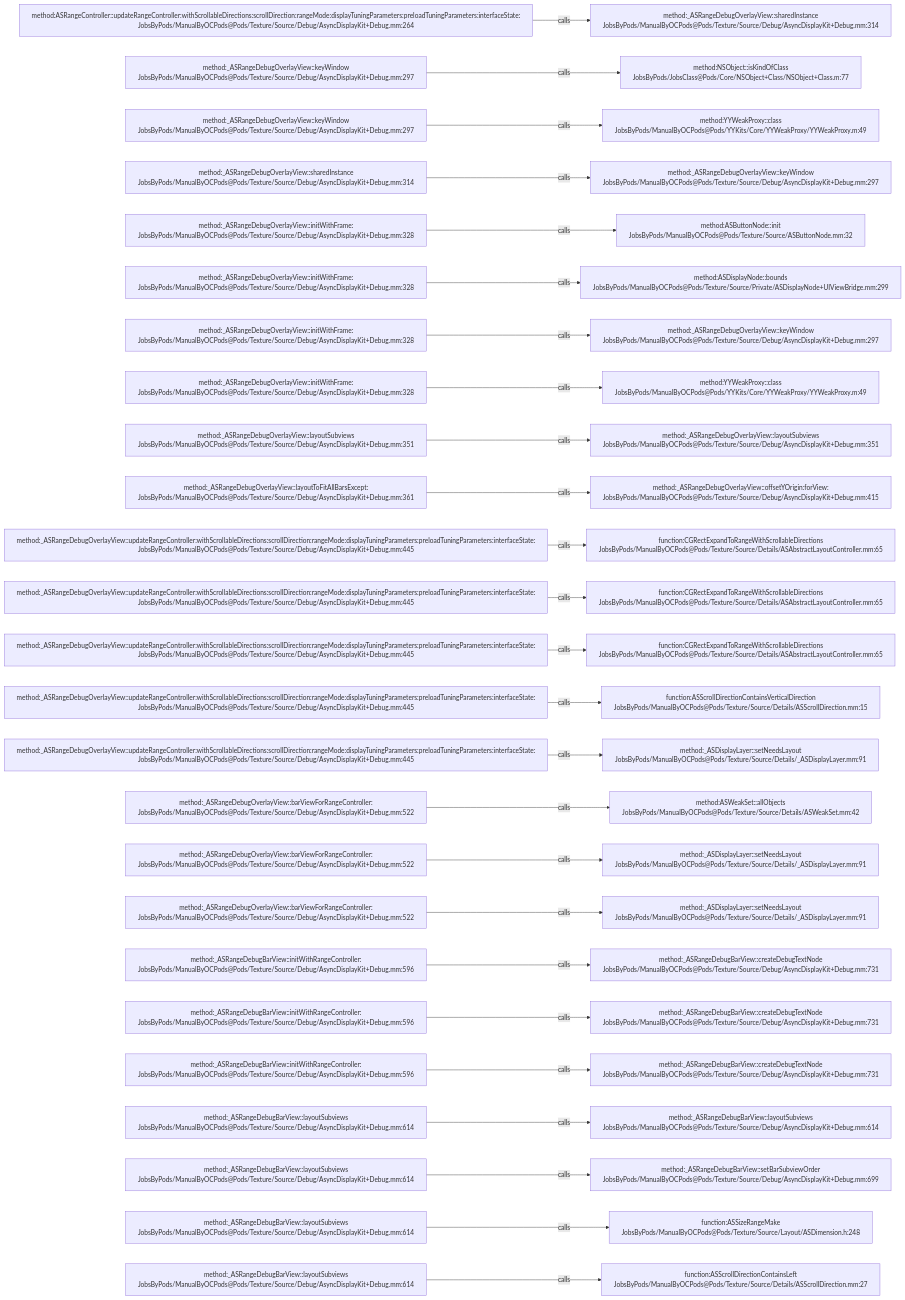
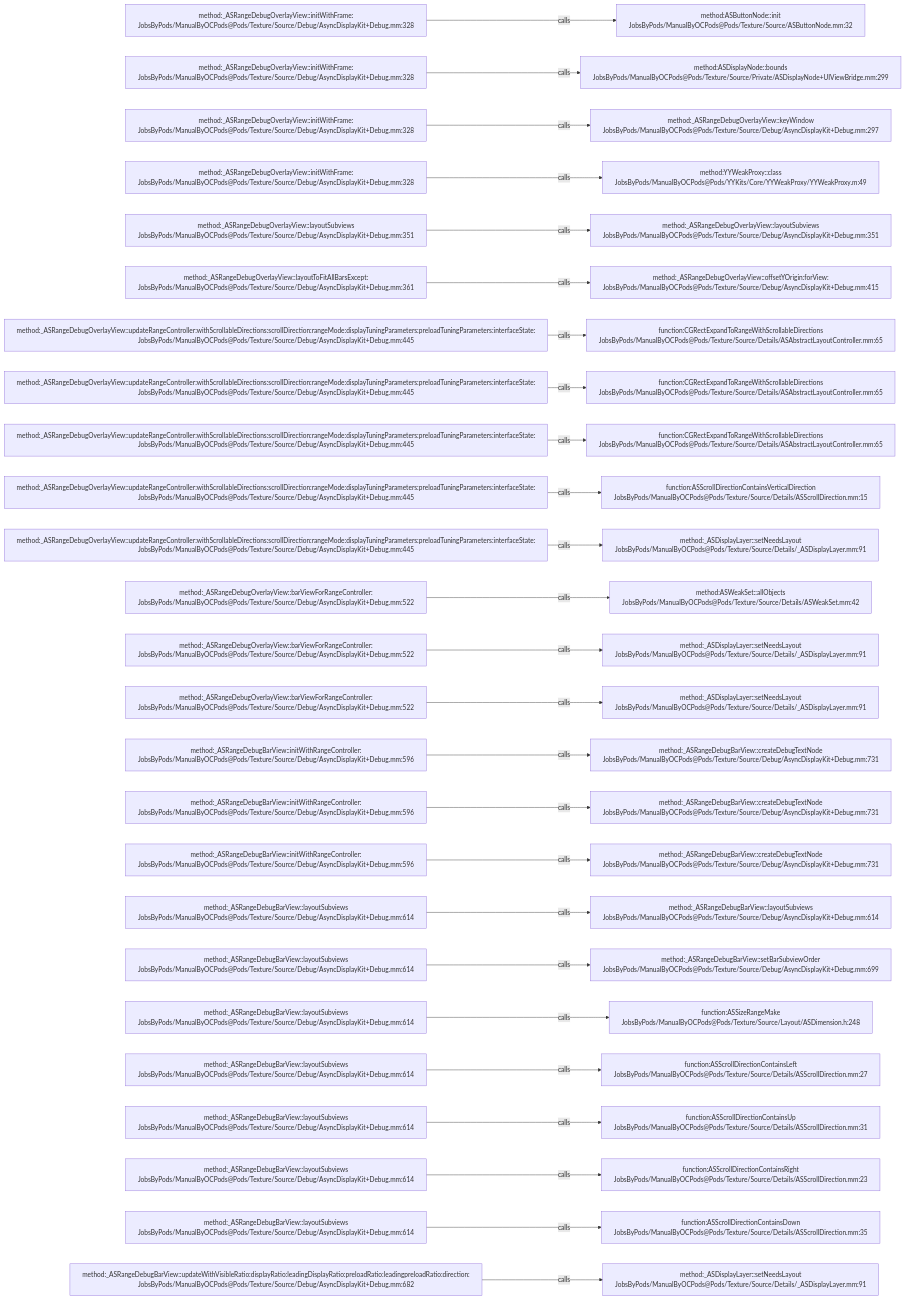
The diagram in .codegraph/codegraph.md/graphs/calls-147.md (JobsKits/JobsOCBaseConfigDemo), drawn with Mermaid before and after one commit. The commit also changed 727 other files, not shown here.

````diff
--- a/.codegraph/codegraph.md/graphs/calls-147.md
+++ b/.codegraph/codegraph.md/graphs/calls-147.md
@@ -13,78 +13,78 @@
 ```mermaid
 flowchart LR
-  S1["method:ASRangeController::updateRangeController:withScrollableDirections:scrollDirection:rangeMode:displayTuningParameters:preloadTuningParameters:interfaceState:<br/>JobsByPods/ManualByOCPods@Pods/Texture/Source/Debug/AsyncDisplayKit+Debug.mm:264"]
-  T1["method:_ASRangeDebugOverlayView::sharedInstance<br/>JobsByPods/ManualByOCPods@Pods/Texture/Source/Debug/AsyncDisplayKit+Debug.mm:314"]
+  S1["method:_ASRangeDebugOverlayView::initWithFrame:<br/>JobsByPods/ManualByOCPods@Pods/Texture/Source/Debug/AsyncDisplayKit+Debug.mm:328"]
+  T1["method:ASButtonNode::init<br/>JobsByPods/ManualByOCPods@Pods/Texture/Source/ASButtonNode.mm:32"]
   S1 -->|calls| T1
-  S2["method:_ASRangeDebugOverlayView::keyWindow<br/>JobsByPods/ManualByOCPods@Pods/Texture/Source/Debug/AsyncDisplayKit+Debug.mm:297"]
-  T2["method:NSObject::isKindOfClass<br/>JobsByPods/JobsClass@Pods/Core/NSObject+Class/NSObject+Class.m:77"]
+  S2["method:_ASRangeDebugOverlayView::initWithFrame:<br/>JobsByPods/ManualByOCPods@Pods/Texture/Source/Debug/AsyncDisplayKit+Debug.mm:328"]
+  T2["method:ASDisplayNode::bounds<br/>JobsByPods/ManualByOCPods@Pods/Texture/Source/Private/ASDisplayNode+UIViewBridge.mm:299"]
   S2 -->|calls| T2
-  S3["method:_ASRangeDebugOverlayView::keyWindow<br/>JobsByPods/ManualByOCPods@Pods/Texture/Source/Debug/AsyncDisplayKit+Debug.mm:297"]
-  T3["method:YYWeakProxy::class<br/>JobsByPods/ManualByOCPods@Pods/YYKits/Core/YYWeakProxy/YYWeakProxy.m:49"]
+  S3["method:_ASRangeDebugOverlayView::initWithFrame:<br/>JobsByPods/ManualByOCPods@Pods/Texture/Source/Debug/AsyncDisplayKit+Debug.mm:328"]
+  T3["method:_ASRangeDebugOverlayView::keyWindow<br/>JobsByPods/ManualByOCPods@Pods/Texture/Source/Debug/AsyncDisplayKit+Debug.mm:297"]
   S3 -->|calls| T3
-  S4["method:_ASRangeDebugOverlayView::sharedInstance<br/>JobsByPods/ManualByOCPods@Pods/Texture/Source/Debug/AsyncDisplayKit+Debug.mm:314"]
-  T4["method:_ASRangeDebugOverlayView::keyWindow<br/>JobsByPods/ManualByOCPods@Pods/Texture/Source/Debug/AsyncDisplayKit+Debug.mm:297"]
+  S4["method:_ASRangeDebugOverlayView::initWithFrame:<br/>JobsByPods/ManualByOCPods@Pods/Texture/Source/Debug/AsyncDisplayKit+Debug.mm:328"]
+  T4["method:YYWeakProxy::class<br/>JobsByPods/ManualByOCPods@Pods/YYKits/Core/YYWeakProxy/YYWeakProxy.m:49"]
   S4 -->|calls| T4
-  S5["method:_ASRangeDebugOverlayView::initWithFrame:<br/>JobsByPods/ManualByOCPods@Pods/Texture/Source/Debug/AsyncDisplayKit+Debug.mm:328"]
-  T5["method:ASButtonNode::init<br/>JobsByPods/ManualByOCPods@Pods/Texture/Source/ASButtonNode.mm:32"]
+  S5["method:_ASRangeDebugOverlayView::layoutSubviews<br/>JobsByPods/ManualByOCPods@Pods/Texture/Source/Debug/AsyncDisplayKit+Debug.mm:351"]
+  T5["method:_ASRangeDebugOverlayView::layoutSubviews<br/>JobsByPods/ManualByOCPods@Pods/Texture/Source/Debug/AsyncDisplayKit+Debug.mm:351"]
   S5 -->|calls| T5
-  S6["method:_ASRangeDebugOverlayView::initWithFrame:<br/>JobsByPods/ManualByOCPods@Pods/Texture/Source/Debug/AsyncDisplayKit+Debug.mm:328"]
-  T6["method:ASDisplayNode::bounds<br/>JobsByPods/ManualByOCPods@Pods/Texture/Source/Private/ASDisplayNode+UIViewBridge.mm:299"]
+  S6["method:_ASRangeDebugOverlayView::layoutToFitAllBarsExcept:<br/>JobsByPods/ManualByOCPods@Pods/Texture/Source/Debug/AsyncDisplayKit+Debug.mm:361"]
+  T6["method:_ASRangeDebugOverlayView::offsetYOrigin:forView:<br/>JobsByPods/ManualByOCPods@Pods/Texture/Source/Debug/AsyncDisplayKit+Debug.mm:415"]
   S6 -->|calls| T6
-  S7["method:_ASRangeDebugOverlayView::initWithFrame:<br/>JobsByPods/ManualByOCPods@Pods/Texture/Source/Debug/AsyncDisplayKit+Debug.mm:328"]
-  T7["method:_ASRangeDebugOverlayView::keyWindow<br/>JobsByPods/ManualByOCPods@Pods/Texture/Source/Debug/AsyncDisplayKit+Debug.mm:297"]
+  S7["method:_ASRangeDebugOverlayView::updateRangeController:withScrollableDirections:scrollDirection:rangeMode:displayTuningParameters:preloadTuningParameters:interfaceState:<br/>JobsByPods/ManualByOCPods@Pods/Texture/Source/Debug/AsyncDisplayKit+Debug.mm:445"]
+  T7["function:CGRectExpandToRangeWithScrollableDirections<br/>JobsByPods/ManualByOCPods@Pods/Texture/Source/Details/ASAbstractLayoutController.mm:65"]
   S7 -->|calls| T7
-  S8["method:_ASRangeDebugOverlayView::initWithFrame:<br/>JobsByPods/ManualByOCPods@Pods/Texture/Source/Debug/AsyncDisplayKit+Debug.mm:328"]
-  T8["method:YYWeakProxy::class<br/>JobsByPods/ManualByOCPods@Pods/YYKits/Core/YYWeakProxy/YYWeakProxy.m:49"]
+  S8["method:_ASRangeDebugOverlayView::updateRangeController:withScrollableDirections:scrollDirection:rangeMode:displayTuningParameters:preloadTuningParameters:interfaceState:<br/>JobsByPods/ManualByOCPods@Pods/Texture/Source/Debug/AsyncDisplayKit+Debug.mm:445"]
+  T8["function:CGRectExpandToRangeWithScrollableDirections<br/>JobsByPods/ManualByOCPods@Pods/Texture/Source/Details/ASAbstractLayoutController.mm:65"]
   S8 -->|calls| T8
-  S9["method:_ASRangeDebugOverlayView::layoutSubviews<br/>JobsByPods/ManualByOCPods@Pods/Texture/Source/Debug/AsyncDisplayKit+Debug.mm:351"]
-  T9["method:_ASRangeDebugOverlayView::layoutSubviews<br/>JobsByPods/ManualByOCPods@Pods/Texture/Source/Debug/AsyncDisplayKit+Debug.mm:351"]
+  S9["method:_ASRangeDebugOverlayView::updateRangeController:withScrollableDirections:scrollDirection:rangeMode:displayTuningParameters:preloadTuningParameters:interfaceState:<br/>JobsByPods/ManualByOCPods@Pods/Texture/Source/Debug/AsyncDisplayKit+Debug.mm:445"]
+  T9["function:CGRectExpandToRangeWithScrollableDirections<br/>JobsByPods/ManualByOCPods@Pods/Texture/Source/Details/ASAbstractLayoutController.mm:65"]
   S9 -->|calls| T9
-  S10["method:_ASRangeDebugOverlayView::layoutToFitAllBarsExcept:<br/>JobsByPods/ManualByOCPods@Pods/Texture/Source/Debug/AsyncDisplayKit+Debug.mm:361"]
-  T10["method:_ASRangeDebugOverlayView::offsetYOrigin:forView:<br/>JobsByPods/ManualByOCPods@Pods/Texture/Source/Debug/AsyncDisplayKit+Debug.mm:415"]
+  S10["method:_ASRangeDebugOverlayView::updateRangeController:withScrollableDirections:scrollDirection:rangeMode:displayTuningParameters:preloadTuningParameters:interfaceState:<br/>JobsByPods/ManualByOCPods@Pods/Texture/Source/Debug/AsyncDisplayKit+Debug.mm:445"]
+  T10["function:ASScrollDirectionContainsVerticalDirection<br/>JobsByPods/ManualByOCPods@Pods/Texture/Source/Details/ASScrollDirection.mm:15"]
   S10 -->|calls| T10
   S11["method:_ASRangeDebugOverlayView::updateRangeController:withScrollableDirections:scrollDirection:rangeMode:displayTuningParameters:preloadTuningParameters:interfaceState:<br/>JobsByPods/ManualByOCPods@Pods/Texture/Source/Debug/AsyncDisplayKit+Debug.mm:445"]
-  T11["function:CGRectExpandToRangeWithScrollableDirections<br/>JobsByPods/ManualByOCPods@Pods/Texture/Source/Details/ASAbstractLayoutController.mm:65"]
+  T11["method:_ASDisplayLayer::setNeedsLayout<br/>JobsByPods/ManualByOCPods@Pods/Texture/Source/Details/_ASDisplayLayer.mm:91"]
   S11 -->|calls| T11
-  S12["method:_ASRangeDebugOverlayView::updateRangeController:withScrollableDirections:scrollDirection:rangeMode:displayTuningParameters:preloadTuningParameters:interfaceState:<br/>JobsByPods/ManualByOCPods@Pods/Texture/Source/Debug/AsyncDisplayKit+Debug.mm:445"]
-  T12["function:CGRectExpandToRangeWithScrollableDirections<br/>JobsByPods/ManualByOCPods@Pods/Texture/Source/Details/ASAbstractLayoutController.mm:65"]
+  S12["method:_ASRangeDebugOverlayView::barViewForRangeController:<br/>JobsByPods/ManualByOCPods@Pods/Texture/Source/Debug/AsyncDisplayKit+Debug.mm:522"]
+  T12["method:ASWeakSet::allObjects<br/>JobsByPods/ManualByOCPods@Pods/Texture/Source/Details/ASWeakSet.mm:42"]
   S12 -->|calls| T12
-  S13["method:_ASRangeDebugOverlayView::updateRangeController:withScrollableDirections:scrollDirection:rangeMode:displayTuningParameters:preloadTuningParameters:interfaceState:<br/>JobsByPods/ManualByOCPods@Pods/Texture/Source/Debug/AsyncDisplayKit+Debug.mm:445"]
-  T13["function:CGRectExpandToRangeWithScrollableDirections<br/>JobsByPods/ManualByOCPods@Pods/Texture/Source/Details/ASAbstractLayoutController.mm:65"]
+  S13["method:_ASRangeDebugOverlayView::barViewForRangeController:<br/>JobsByPods/ManualByOCPods@Pods/Texture/Source/Debug/AsyncDisplayKit+Debug.mm:522"]
+  T13["method:_ASDisplayLayer::setNeedsLayout<br/>JobsByPods/ManualByOCPods@Pods/Texture/Source/Details/_ASDisplayLayer.mm:91"]
   S13 -->|calls| T13
-  S14["method:_ASRangeDebugOverlayView::updateRangeController:withScrollableDirections:scrollDirection:rangeMode:displayTuningParameters:preloadTuningParameters:interfaceState:<br/>JobsByPods/ManualByOCPods@Pods/Texture/Source/Debug/AsyncDisplayKit+Debug.mm:445"]
-  T14["function:ASScrollDirectionContainsVerticalDirection<br/>JobsByPods/ManualByOCPods@Pods/Texture/Source/Details/ASScrollDirection.mm:15"]
+  S14["method:_ASRangeDebugOverlayView::barViewForRangeController:<br/>JobsByPods/ManualByOCPods@Pods/Texture/Source/Debug/AsyncDisplayKit+Debug.mm:522"]
+  T14["method:_ASDisplayLayer::setNeedsLayout<br/>JobsByPods/ManualByOCPods@Pods/Texture/Source/Details/_ASDisplayLayer.mm:91"]
   S14 -->|calls| T14
-  S15["method:_ASRangeDebugOverlayView::updateRangeController:withScrollableDirections:scrollDirection:rangeMode:displayTuningParameters:preloadTuningParameters:interfaceState:<br/>JobsByPods/ManualByOCPods@Pods/Texture/Source/Debug/AsyncDisplayKit+Debug.mm:445"]
-  T15["method:_ASDisplayLayer::setNeedsLayout<br/>JobsByPods/ManualByOCPods@Pods/Texture/Source/Details/_ASDisplayLayer.mm:91"]
+  S15["method:_ASRangeDebugBarView::initWithRangeController:<br/>JobsByPods/ManualByOCPods@Pods/Texture/Source/Debug/AsyncDisplayKit+Debug.mm:596"]
+  T15["method:_ASRangeDebugBarView::createDebugTextNode<br/>JobsByPods/ManualByOCPods@Pods/Texture/Source/Debug/AsyncDisplayKit+Debug.mm:731"]
   S15 -->|calls| T15
-  S16["method:_ASRangeDebugOverlayView::barViewForRangeController:<br/>JobsByPods/ManualByOCPods@Pods/Texture/Source/Debug/AsyncDisplayKit+Debug.mm:522"]
-  T16["method:ASWeakSet::allObjects<br/>JobsByPods/ManualByOCPods@Pods/Texture/Source/Details/ASWeakSet.mm:42"]
+  S16["method:_ASRangeDebugBarView::initWithRangeController:<br/>JobsByPods/ManualByOCPods@Pods/Texture/Source/Debug/AsyncDisplayKit+Debug.mm:596"]
+  T16["method:_ASRangeDebugBarView::createDebugTextNode<br/>JobsByPods/ManualByOCPods@Pods/Texture/Source/Debug/AsyncDisplayKit+Debug.mm:731"]
   S16 -->|calls| T16
-  S17["method:_ASRangeDebugOverlayView::barViewForRangeController:<br/>JobsByPods/ManualByOCPods@Pods/Texture/Source/Debug/AsyncDisplayKit+Debug.mm:522"]
-  T17["method:_ASDisplayLayer::setNeedsLayout<br/>JobsByPods/ManualByOCPods@Pods/Texture/Source/Details/_ASDisplayLayer.mm:91"]
+  S17["method:_ASRangeDebugBarView::initWithRangeController:<br/>JobsByPods/ManualByOCPods@Pods/Texture/Source/Debug/AsyncDisplayKit+Debug.mm:596"]
+  T17["method:_ASRangeDebugBarView::createDebugTextNode<br/>JobsByPods/ManualByOCPods@Pods/Texture/Source/Debug/AsyncDisplayKit+Debug.mm:731"]
   S17 -->|calls| T17
-  S18["method:_ASRangeDebugOverlayView::barViewForRangeController:<br/>JobsByPods/ManualByOCPods@Pods/Texture/Source/Debug/AsyncDisplayKit+Debug.mm:522"]
-  T18["method:_ASDisplayLayer::setNeedsLayout<br/>JobsByPods/ManualByOCPods@Pods/Texture/Source/Details/_ASDisplayLayer.mm:91"]
+  S18["method:_ASRangeDebugBarView::layoutSubviews<br/>JobsByPods/ManualByOCPods@Pods/Texture/Source/Debug/AsyncDisplayKit+Debug.mm:614"]
+  T18["method:_ASRangeDebugBarView::layoutSubviews<br/>JobsByPods/ManualByOCPods@Pods/Texture/Source/Debug/AsyncDisplayKit+Debug.mm:614"]
   S18 -->|calls| T18
-  S19["method:_ASRangeDebugBarView::initWithRangeController:<br/>JobsByPods/ManualByOCPods@Pods/Texture/Source/Debug/AsyncDisplayKit+Debug.mm:596"]
-  T19["method:_ASRangeDebugBarView::createDebugTextNode<br/>JobsByPods/ManualByOCPods@Pods/Texture/Source/Debug/AsyncDisplayKit+Debug.mm:731"]
+  S19["method:_ASRangeDebugBarView::layoutSubviews<br/>JobsByPods/ManualByOCPods@Pods/Texture/Source/Debug/AsyncDisplayKit+Debug.mm:614"]
+  T19["method:_ASRangeDebugBarView::setBarSubviewOrder<br/>JobsByPods/ManualByOCPods@Pods/Texture/Source/Debug/AsyncDisplayKit+Debug.mm:699"]
   S19 -->|calls| T19
-  S20["method:_ASRangeDebugBarView::initWithRangeController:<br/>JobsByPods/ManualByOCPods@Pods/Texture/Source/Debug/AsyncDisplayKit+Debug.mm:596"]
-  T20["method:_ASRangeDebugBarView::createDebugTextNode<br/>JobsByPods/ManualByOCPods@Pods/Texture/Source/Debug/AsyncDisplayKit+Debug.mm:731"]
+  S20["method:_ASRangeDebugBarView::layoutSubviews<br/>JobsByPods/ManualByOCPods@Pods/Texture/Source/Debug/AsyncDisplayKit+Debug.mm:614"]
+  T20["function:ASSizeRangeMake<br/>JobsByPods/ManualByOCPods@Pods/Texture/Source/Layout/ASDimension.h:248"]
   S20 -->|calls| T20
-  S21["method:_ASRangeDebugBarView::initWithRangeController:<br/>JobsByPods/ManualByOCPods@Pods/Texture/Source/Debug/AsyncDisplayKit+Debug.mm:596"]
-  T21["method:_ASRangeDebugBarView::createDebugTextNode<br/>JobsByPods/ManualByOCPods@Pods/Texture/Source/Debug/AsyncDisplayKit+Debug.mm:731"]
+  S21["method:_ASRangeDebugBarView::layoutSubviews<br/>JobsByPods/ManualByOCPods@Pods/Texture/Source/Debug/AsyncDisplayKit+Debug.mm:614"]
+  T21["function:ASScrollDirectionContainsLeft<br/>JobsByPods/ManualByOCPods@Pods/Texture/Source/Details/ASScrollDirection.mm:27"]
   S21 -->|calls| T21
   S22["method:_ASRangeDebugBarView::layoutSubviews<br/>JobsByPods/ManualByOCPods@Pods/Texture/Source/Debug/AsyncDisplayKit+Debug.mm:614"]
-  T22["method:_ASRangeDebugBarView::layoutSubviews<br/>JobsByPods/ManualByOCPods@Pods/Texture/Source/Debug/AsyncDisplayKit+Debug.mm:614"]
+  T22["function:ASScrollDirectionContainsUp<br/>JobsByPods/ManualByOCPods@Pods/Texture/Source/Details/ASScrollDirection.mm:31"]
   S22 -->|calls| T22
   S23["method:_ASRangeDebugBarView::layoutSubviews<br/>JobsByPods/ManualByOCPods@Pods/Texture/Source/Debug/AsyncDisplayKit+Debug.mm:614"]
-  T23["method:_ASRangeDebugBarView::setBarSubviewOrder<br/>JobsByPods/ManualByOCPods@Pods/Texture/Source/Debug/AsyncDisplayKit+Debug.mm:699"]
+  T23["function:ASScrollDirectionContainsRight<br/>JobsByPods/ManualByOCPods@Pods/Texture/Source/Details/ASScrollDirection.mm:23"]
   S23 -->|calls| T23
   S24["method:_ASRangeDebugBarView::layoutSubviews<br/>JobsByPods/ManualByOCPods@Pods/Texture/Source/Debug/AsyncDisplayKit+Debug.mm:614"]
-  T24["function:ASSizeRangeMake<br/>JobsByPods/ManualByOCPods@Pods/Texture/Source/Layout/ASDimension.h:248"]
+  T24["function:ASScrollDirectionContainsDown<br/>JobsByPods/ManualByOCPods@Pods/Texture/Source/Details/ASScrollDirection.mm:35"]
   S24 -->|calls| T24
-  S25["method:_ASRangeDebugBarView::layoutSubviews<br/>JobsByPods/ManualByOCPods@Pods/Texture/Source/Debug/AsyncDisplayKit+Debug.mm:614"]
-  T25["function:ASScrollDirectionContainsLeft<br/>JobsByPods/ManualByOCPods@Pods/Texture/Source/Details/ASScrollDirection.mm:27"]
+  S25["method:_ASRangeDebugBarView::updateWithVisibleRatio:displayRatio:leadingDisplayRatio:preloadRatio:leadingpreloadRatio:direction:<br/>JobsByPods/ManualByOCPods@Pods/Texture/Source/Debug/AsyncDisplayKit+Debug.mm:682"]
+  T25["method:_ASDisplayLayer::setNeedsLayout<br/>JobsByPods/ManualByOCPods@Pods/Texture/Source/Details/_ASDisplayLayer.mm:91"]
   S25 -->|calls| T25
 ```
````
